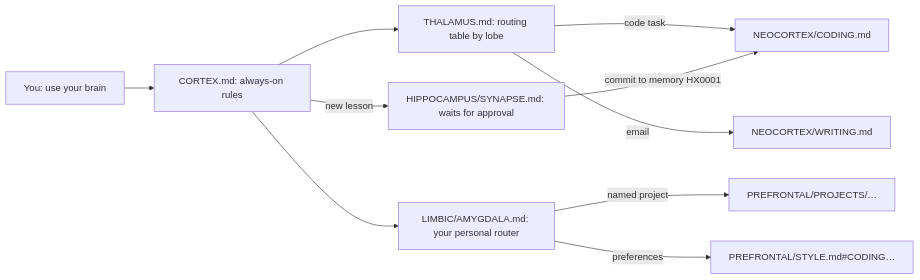
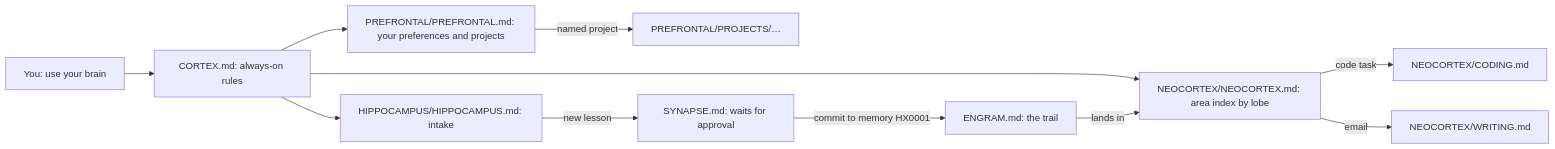
One commit to jimmydagher/claude-brain changed the diagram in README.md. Above: the diagram before and after it, drawn with Mermaid. The commit also changed other lines of this file and 15 other files, not shown here.

Commit message:
Fold THALAMUS and LIMBIC into the region indexes; links follow the tree

````diff
--- a/README.md
+++ b/README.md
@@ -11,12 +11,13 @@
 ```mermaid
 flowchart LR
     A["You: use your brain"] --> B["CORTEX.md: always-on rules"]
-    B --> T["THALAMUS.md: routing table by lobe"]
-    T -->|code task| C["NEOCORTEX/CODING.md"]
-    T -->|email| D["NEOCORTEX/WRITING.md"]
-    B --> L["LIMBIC/AMYGDALA.md: your personal router"]
-    L -->|named project| E["PREFRONTAL/PROJECTS/…"]
-    L -->|preferences| P["PREFRONTAL/STYLE.md#CODING…"]
-    B -->|new lesson| S["HIPPOCAMPUS/SYNAPSE.md: waits for approval"]
-    S -->|commit to memory HX0001| C
+    B --> N["NEOCORTEX/NEOCORTEX.md: area index by lobe"]
+    N -->|code task| C["NEOCORTEX/CODING.md"]
+    N -->|email| D["NEOCORTEX/WRITING.md"]
+    B --> P["PREFRONTAL/PREFRONTAL.md: your preferences and projects"]
+    P -->|named project| E["PREFRONTAL/PROJECTS/…"]
+    B --> H["HIPPOCAMPUS/HIPPOCAMPUS.md: intake"]
+    H -->|new lesson| S["SYNAPSE.md: waits for approval"]
+    S -->|commit to memory HX0001| G["ENGRAM.md: the trail"]
+    G -->|lands in| N
 ```
````
